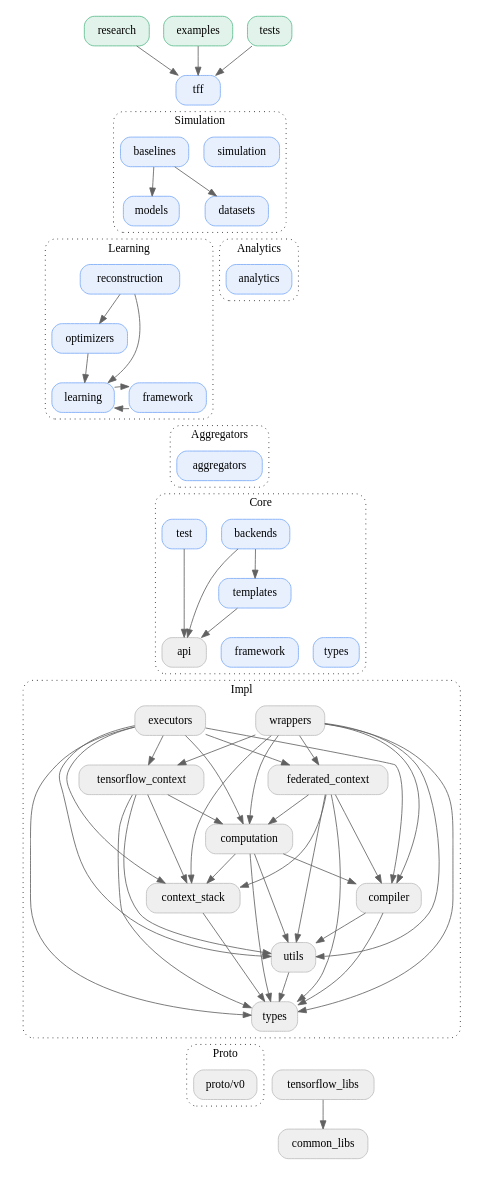
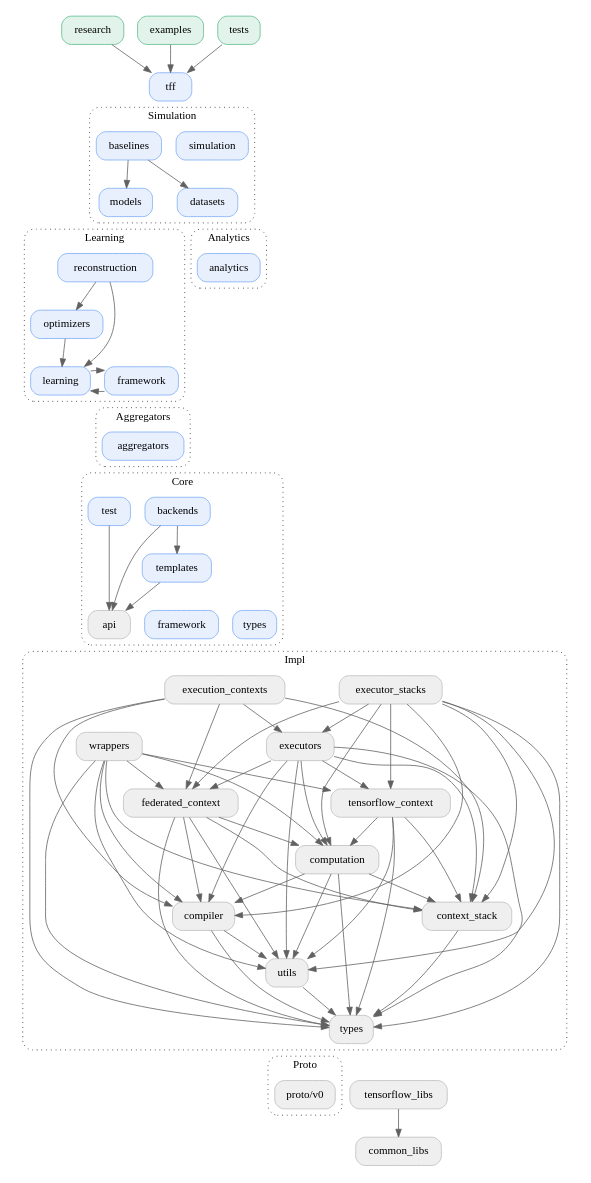
Before and after one commit to google-parfait/tensorflow-federated: the diagram in docs/design/package_structure.dot, drawn with Graphviz.

Commit message:
Update `core` architecture diagram.

```diff
--- a/docs/design/package_structure.dot
+++ b/docs/design/package_structure.dot
@@ -1,174 +1,193 @@
 digraph {
   graph [style="dotted,rounded", size="9 100"]
   node [shape="box", style="rounded,filled", fillcolor="#efefef", color="#bdbdbd"]
   edge [color="#616161"]
   newrank=true
 
   // Using TFF
   research -> tff
   examples -> tff
   tests -> tff
 
   research [href="https://github.com/google-research/federated/blob/master/" target="_parent", fillcolor="#E2F3EB", color="#57BB8A"]
   examples [href="https://github.com/tensorflow/federated/blob/master/tensorflow_federated/python/examples" target="_parent", fillcolor="#E2F3EB", color="#57BB8A"]
   tests [href="https://github.com/tensorflow/federated/blob/master/tensorflow_federated/python/tests" target="_parent", fillcolor="#E2F3EB", color="#57BB8A"]
 
   // TFF
   tff -> simulation [arrowhead="none", style="invisible"]
   tff -> simulation_baselines [arrowhead="none", style="invisible"]
 
   tff [href="https://github.com/tensorflow/federated/blob/master/tensorflow_federated/" target="_parent", fillcolor="#E8F0FE", color="#7BAAF7"]
 
   // Simulation
   simulation_baselines -> simulation_models
   simulation_baselines -> simulation_datasets
 
   simulation_models -> learning_framework [arrowhead="none", style="invisible"]
   simulation_models -> learning_optimizers [arrowhead="none", style="invisible"]
   simulation_models -> learning_reconstruction [arrowhead="none", style="invisible"]
   simulation_datasets -> analytics [arrowhead="none", style="invisible"]
 
   subgraph cluster_simulation {
     graph [label="Simulation", href="https://github.com/tensorflow/federated/blob/master/tensorflow_federated/python/simulation" target="_parent"]
     simulation_baselines [label="baselines", href="https://github.com/tensorflow/federated/blob/master/tensorflow_federated/python/simulation/baselines" target="_parent", fillcolor="#E8F0FE", color="#7BAAF7"]
     simulation_models [label="models", href="https://github.com/tensorflow/federated/blob/master/tensorflow_federated/python/simulation/models" target="_parent", fillcolor="#E8F0FE", color="#7BAAF7"]
     simulation_datasets [label="datasets", href="https://github.com/tensorflow/federated/blob/master/tensorflow_federated/python/simulation/datasets" target="_parent", fillcolor="#E8F0FE", color="#7BAAF7"]
     simulation [href="https://github.com/tensorflow/federated/blob/master/tensorflow_federated/python/simulation" target="_parent", fillcolor="#E8F0FE", color="#7BAAF7"]
   }
 
   // Learning
   learning_reconstruction -> learning
   learning_reconstruction -> learning_optimizers
   learning_optimizers -> learning
   learning_framework -> learning
   learning_framework -> learning [dir=back]
 
   learning -> aggregators [arrowhead="none", style="invisible"]
 
   subgraph cluster_learning {
     graph [label="Learning", href="https://github.com/tensorflow/federated/blob/master/tensorflow_federated/python/learning" target="_parent"]
     learning_reconstruction [label="reconstruction", href="https://github.com/tensorflow/federated/blob/master/tensorflow_federated/python/learning/reconstruction" target="_parent", fillcolor="#E8F0FE", color="#7BAAF7"]
     learning_optimizers [label="optimizers", href="https://github.com/tensorflow/federated/blob/master/tensorflow_federated/python/learning/optimizers" target="_parent", fillcolor="#E8F0FE", color="#7BAAF7"]
     learning_framework [label="framework", href="https://github.com/tensorflow/federated/blob/master/tensorflow_federated/python/learning/framework" target="_parent", fillcolor="#E8F0FE", color="#7BAAF7"]
     learning [href="https://github.com/tensorflow/federated/blob/master/tensorflow_federated/python/learning" target="_parent", fillcolor="#E8F0FE", color="#7BAAF7"]
   }
 
   // Analytics
   analytics -> aggregators [arrowhead="none", style="invisible"]
 
   subgraph cluster_analytics {
     graph [label="Analytics", href="https://github.com/tensorflow/federated/blob/master/tensorflow_federated/python/analytics" target="_parent"]
     analytics [href="https://github.com/tensorflow/federated/blob/master/tensorflow_federated/python/analytics" target="_parent", fillcolor="#E8F0FE", color="#7BAAF7"]
   }
 
   // Aggregators
   aggregators -> core_backends [arrowhead="none", style="invisible"]
   aggregators -> core_test [arrowhead="none", style="invisible"]
 
   subgraph cluster_aggregators {
     graph [label="Aggregators", href="https://github.com/tensorflow/federated/blob/master/tensorflow_federated/python/aggregators" target="_parent"]
     aggregators [href="https://github.com/tensorflow/federated/blob/master/tensorflow_federated/python/aggregators" target="_parent", fillcolor="#E8F0FE", color="#7BAAF7"]
   }
 
   // Core
   core_backends -> core_api
   core_backends -> core_templates
   core_templates -> core_api
   core_test -> core_api
 
   core_api -> core_framework [arrowhead="none", style="invisible"]
   core_framework -> core_types [arrowhead="none", style="invisible"]
   core_api -> impl_wrappers [arrowhead="none", style="invisible"]
-  core_api -> impl_executors [arrowhead="none", style="invisible"]
+  core_types -> impl_executor_stacks [arrowhead="none", style="invisible"]
+  core_types -> impl_execution_contexts [arrowhead="none", style="invisible"]
 
   subgraph cluster_core {
     graph [label="Core", href="https://github.com/tensorflow/federated/blob/master/tensorflow_federated/python/core" target="_parent"]
     core_backends [label="backends", href="https://github.com/tensorflow/federated/blob/master/tensorflow_federated/python/core/backends" target="_parent", fillcolor="#E8F0FE", color="#7BAAF7"]
     core_templates [label="templates", href="https://github.com/tensorflow/federated/blob/master/tensorflow_federated/python/core/templates" target="_parent", fillcolor="#E8F0FE", color="#7BAAF7"]
     core_test [label="test", href="https://github.com/tensorflow/federated/blob/master/tensorflow_federated/python/core/test" target="_parent", fillcolor="#E8F0FE", color="#7BAAF7"]
     core_api [label="api", href="https://github.com/tensorflow/federated/blob/master/tensorflow_federated/python/core/api" target="_parent"]
     core_framework [label="framework", href="https://github.com/tensorflow/federated/blob/master/tensorflow_federated/python/core/framework" target="_parent", fillcolor="#E8F0FE", color="#7BAAF7"]
     core_types [label="types", href="https://github.com/tensorflow/federated/blob/master/tensorflow_federated/python/core/types" target="_parent", fillcolor="#E8F0FE", color="#7BAAF7"]
   }
 
   // Impl
+  impl_execution_contexts -> impl_federated_context
+  impl_execution_contexts -> impl_types
+  impl_execution_contexts -> impl_executors
+  impl_execution_contexts -> impl_context_stack
+  impl_execution_contexts -> impl_compiler
+  //impl_execution_contexts -> impl_executor_stacks [arrowhead="none", style="dotted"]
+  impl_executor_stacks -> impl_executors
+  impl_executor_stacks -> impl_tensorflow_context
+  impl_executor_stacks -> impl_federated_context
+  impl_executor_stacks -> impl_computation
+  impl_executor_stacks -> impl_compiler
+  impl_executor_stacks -> impl_utils
+  impl_executor_stacks -> impl_context_stack
+  impl_executor_stacks -> impl_types
+  impl_executors -> impl_tensorflow_context
+  impl_executors -> impl_federated_context
+  impl_executors -> impl_computation
+  impl_executors -> impl_compiler
+  impl_executors -> impl_utils
+  impl_executors -> impl_context_stack
+  impl_executors -> impl_types
   impl_wrappers -> impl_tensorflow_context
   impl_wrappers -> impl_federated_context
   impl_wrappers -> impl_computation
   impl_wrappers -> impl_compiler
   impl_wrappers -> impl_utils
   impl_wrappers -> impl_context_stack
   impl_wrappers -> impl_types
-  impl_executors -> impl_tensorflow_context
-  impl_executors -> impl_federated_context
-  impl_executors -> impl_computation
-  impl_executors -> impl_compiler
-  impl_executors -> impl_utils
-  impl_executors -> impl_context_stack
-  impl_executors -> impl_types
+  //impl_wrappers -> impl_execution_contexts [arrowhead="none", style="dotted"]
   impl_tensorflow_context -> impl_computation
   impl_tensorflow_context -> impl_utils
   impl_tensorflow_context -> impl_context_stack
   impl_tensorflow_context -> impl_types
   impl_federated_context -> impl_computation
   impl_federated_context -> impl_compiler
   impl_federated_context -> impl_utils
   impl_federated_context -> impl_context_stack
   impl_federated_context -> impl_types
   impl_computation -> impl_compiler
   impl_computation -> impl_utils
   impl_computation -> impl_context_stack
   impl_computation -> impl_types
   impl_compiler -> impl_types
   impl_compiler -> impl_utils
   impl_context_stack -> impl_types
   impl_utils -> impl_types
 
   impl_types -> proto_v0 [arrowhead="none", style="invisible"]
   impl_types -> tensorflow_libs [arrowhead="none", style="invisible"]
 
   subgraph cluster_impl {
     graph [label="Impl", href="https://github.com/tensorflow/federated/blob/master/tensorflow_federated/python/core/impl" target="_parent"]
+    impl_execution_contexts [label="execution_contexts", href="https://github.com/tensorflow/federated/blob/master/tensorflow_federated/python/core/impl/execution_contexts" target="_parent"]
+    impl_executor_stacks [label="executor_stacks", href="https://github.com/tensorflow/federated/blob/master/tensorflow_federated/python/core/impl/executor_stacks" target="_parent"]
+    impl_executors [label="executors", href="https://github.com/tensorflow/federated/blob/master/tensorflow_federated/python/core/impl/executors" target="_parent"]
     impl_wrappers [label="wrappers", href="https://github.com/tensorflow/federated/blob/master/tensorflow_federated/python/core/impl/wrappers" target="_parent"]
-    impl_executors [label="executors", href="https://github.com/tensorflow/federated/blob/master/tensorflow_federated/python/core/impl/executors" target="_parent"]
     impl_tensorflow_context [label="tensorflow_context", href="https://github.com/tensorflow/federated/blob/master/tensorflow_federated/python/core/impl/tensorflow_context" target="_parent"]
     impl_federated_context [label="federated_context", href="https://github.com/tensorflow/federated/blob/master/tensorflow_federated/python/core/impl/federated_context" target="_parent"]
     impl_computation [label="computation", href="https://github.com/tensorflow/federated/blob/master/tensorflow_federated/python/core/impl/computation" target="_parent"]
     impl_compiler [label="compiler", href="https://github.com/tensorflow/federated/blob/master/tensorflow_federated/python/core/impl/compiler" target="_parent"]
     impl_context_stack [label="context_stack", href="https://github.com/tensorflow/federated/blob/master/tensorflow_federated/python/core/impl/context_stack" target="_parent"]
     impl_utils [label="utils", href="https://github.com/tensorflow/federated/blob/master/tensorflow_federated/python/core/impl/utils" target="_parent"]
     impl_types [label="types", href="https://github.com/tensorflow/federated/blob/master/tensorflow_federated/python/core/impl/types" target="_parent"]
   }
 
   // Proto
   subgraph cluster_proto {
     graph [label="Proto", href="https://github.com/tensorflow/federated/blob/master/tensorflow_federated/proto" target="_parent"]
     proto_v0 [label="proto/v0" href="https://github.com/tensorflow/federated/blob/master/tensorflow_federated/proto/v0" target="_parent"]
   }
 
   // Other
   tensorflow_libs [href="https://github.com/tensorflow/federated/blob/master/tensorflow_federated/python/tensorflow_libs" target="_parent"]
   common_libs [href="https://github.com/tensorflow/federated/blob/master/tensorflow_federated/python/common_libs" target="_parent"]
   tensorflow_libs -> common_libs
 
   // Layout
   {rank=same; examples, tests, research}
   {rank=same; tff}
   {rank=same; simulation, simulation_baselines}
   {rank=same; simulation_models, simulation_datasets}
   {rank=same; learning_reconstruction, analytics}
   {rank=same; learning_optimizers}
   {rank=same; learning, learning_framework}
   {rank=same; aggregators}
   {rank=same; core_backends, core_test}
   {rank=same; core_templates}
   {rank=same; core_api, core_framework, core_types}
+  {rank=same; impl_execution_contexts, impl_executor_stacks}
   {rank=same; impl_executors, impl_wrappers}
   {rank=same; impl_tensorflow_context, impl_federated_context}
   {rank=same; impl_computation}
   {rank=same; impl_compiler, impl_context_stack}
   {rank=same; impl_utils}
   {rank=same; impl_types}
   {rank=same; proto_v0, tensorflow_libs}
   {rank=same; common_libs}
 }
```
